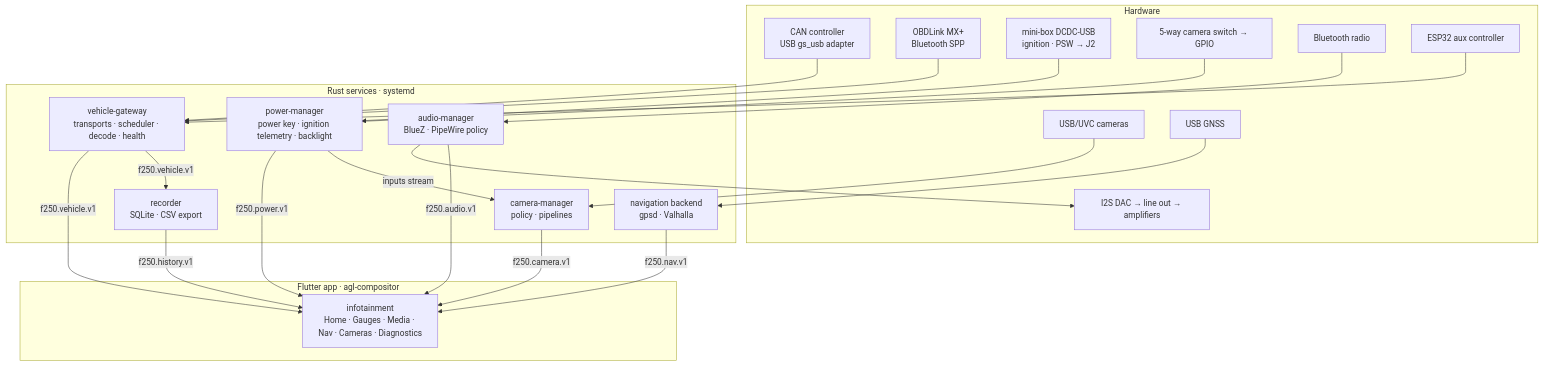
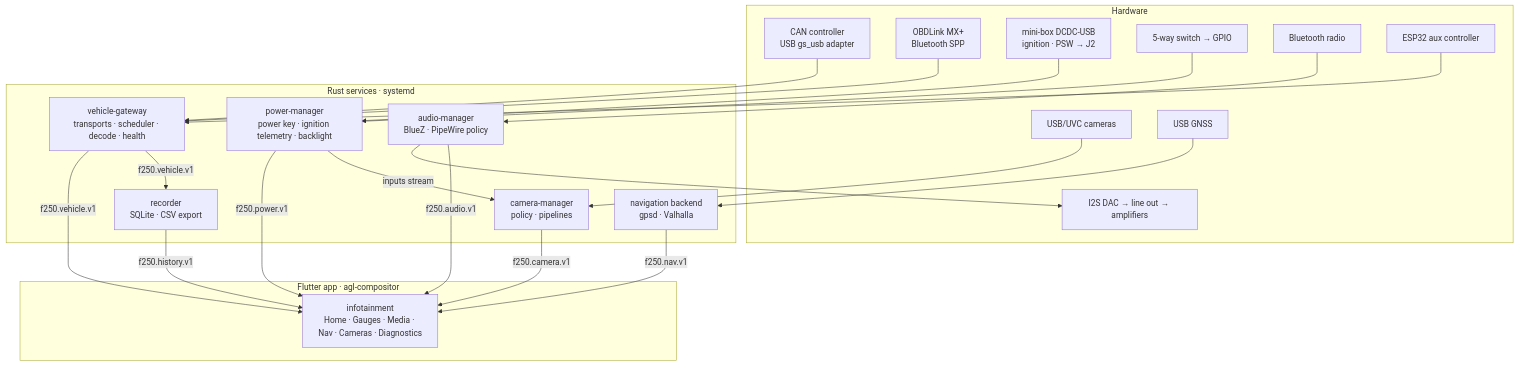
The first of 3 diagrams in docs/architecture/overview.md (darickc/TruckDashboard), drawn with Mermaid before and after one commit. The commit also changed other lines of this file and 69 other files, not shown here.

First line of the commit message:
feat(switch): 5-way switch for media and calls, cameras on hold, directions learned in Settings [SIM]

````diff
--- a/docs/architecture/overview.md
+++ b/docs/architecture/overview.md
@@ -35,46 +35,46 @@
 ```mermaid
 flowchart TB
   subgraph HW[Hardware]
     CAN[CAN controller<br/>USB gs_usb adapter]
     MX[OBDLink MX+<br/>Bluetooth SPP]
     PSU[mini-box DCDC-USB<br/>ignition · PSW → J2]
-    GPIO[5-way camera switch → GPIO]
+    GPIO[5-way switch → GPIO]
     V4L[USB/UVC cameras]
     GNSS[USB GNSS]
     BT[Bluetooth radio]
     DAC[I2S DAC → line out → amplifiers]
     ESP[ESP32 aux controller]
   end
 
   subgraph SVC[Rust services · systemd]
     GW[vehicle-gateway<br/>transports · scheduler · decode · health]
     REC[recorder<br/>SQLite · CSV export]
     PWR[power-manager<br/>power key · ignition telemetry · backlight]
     CAMM[camera-manager<br/>policy · pipelines]
     AUDM[audio-manager<br/>BlueZ · PipeWire policy]
     NAV[navigation backend<br/>gpsd · Valhalla]
   end
 
   subgraph APP[Flutter app · agl-compositor]
     UI[infotainment<br/>Home · Gauges · Media · Nav · Cameras · Diagnostics]
   end
 
   CAN --> GW
   MX --> GW
   ESP --> GW
   GPIO --> PWR
   PSU --> PWR
   V4L --> CAMM
   GNSS --> NAV
   BT --> AUDM
   AUDM --> DAC
 
   GW -- f250.vehicle.v1 --> UI
   GW -- f250.vehicle.v1 --> REC
   PWR -- f250.power.v1 --> UI
   PWR -- inputs stream --> CAMM
   CAMM -- f250.camera.v1 --> UI
   AUDM -- f250.audio.v1 --> UI
   NAV -- f250.nav.v1 --> UI
   REC -- f250.history.v1 --> UI
 ```
````
